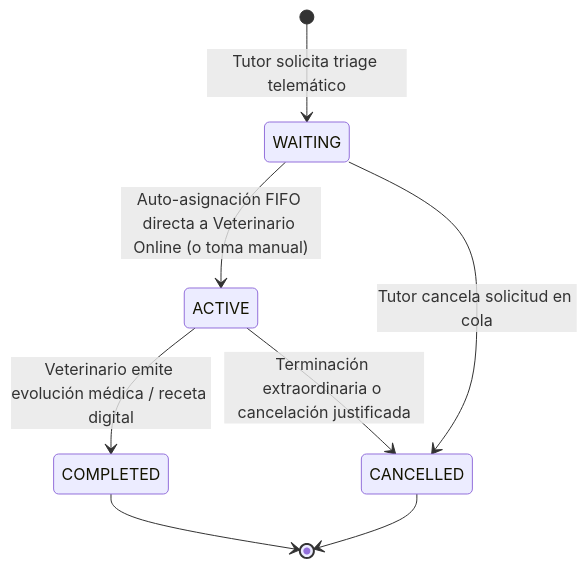
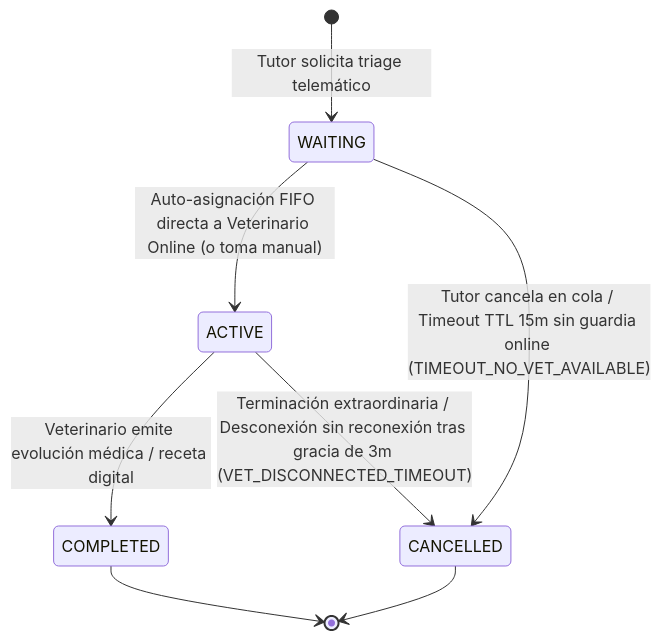
One commit to grupo-pinnacle/VetConnect changed the third of 4 diagrams in docs/SPEC.md. Above: the diagram before and after it, drawn with Mermaid. The commit also changed other lines of this file and 9 other files, not shown here.

````diff
--- a/docs/SPEC.md
+++ b/docs/SPEC.md
@@ -222,12 +222,12 @@
 ```mermaid
 stateDiagram-v2
     [*] --> WAITING: Tutor solicita triage telemático
     WAITING --> ACTIVE: Auto-asignación FIFO directa a Veterinario Online (o toma manual)
-    WAITING --> CANCELLED: Tutor cancela solicitud en cola
+    WAITING --> CANCELLED: Tutor cancela en cola / Timeout TTL 15m sin guardia online (TIMEOUT_NO_VET_AVAILABLE)
 
     ACTIVE --> COMPLETED: Veterinario emite evolución médica / receta digital
-    ACTIVE --> CANCELLED: Terminación extraordinaria o cancelación justificada
+    ACTIVE --> CANCELLED: Terminación extraordinaria / Desconexión sin reconexión tras gracia de 3m (VET_DISCONNECTED_TIMEOUT)
 
     COMPLETED --> [*]
     CANCELLED --> [*]
 ```
````
